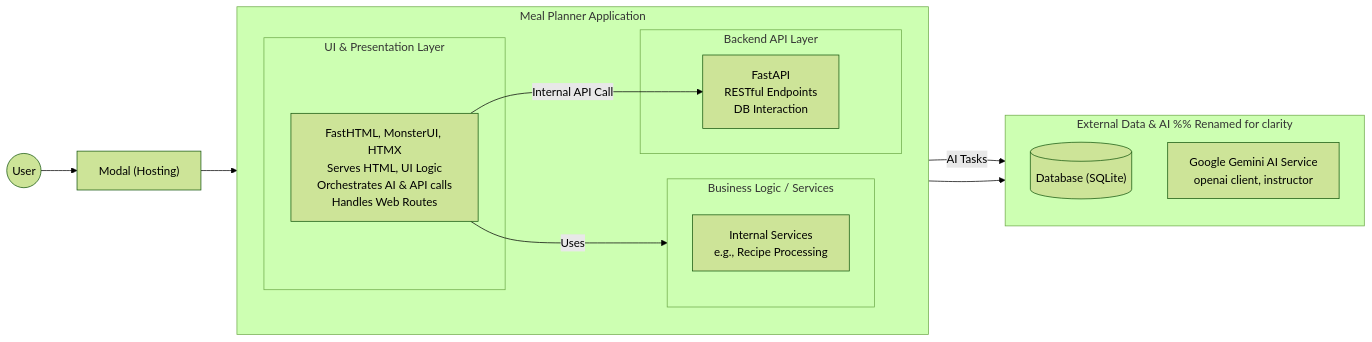
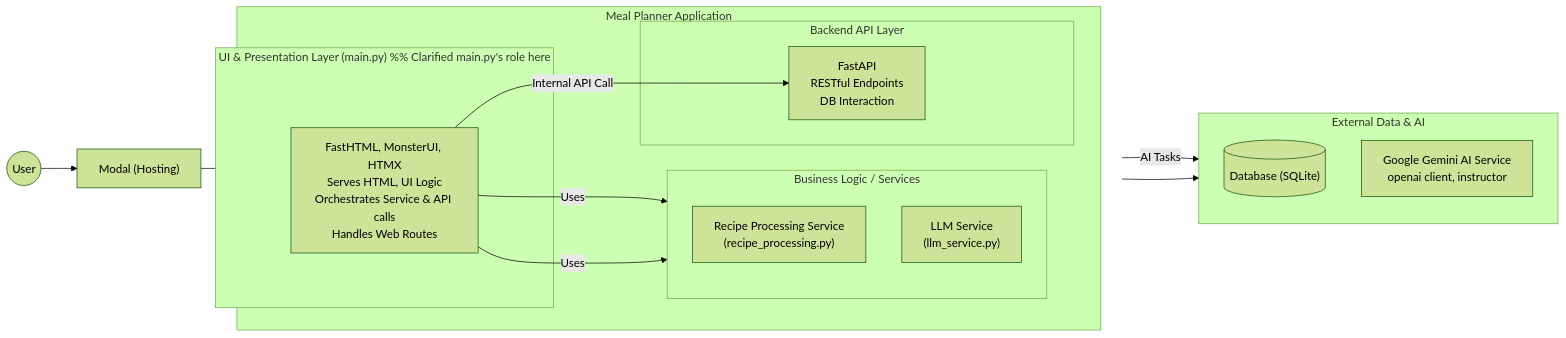
The diagram in README.md (gsganden/meal_planner), drawn with Mermaid (forest theme) before and after one commit. The commit also changed 7 other files, not shown here.

````diff
--- a/README.md
+++ b/README.md
@@ -12,37 +12,39 @@
 ```mermaid
 graph LR
     User(("User"))
 
     Modal["Modal (Hosting)"]
 
     subgraph "Meal Planner Application"
         direction LR
-        subgraph "UI & Presentation Layer"
-            UI_Layer["FastHTML, MonsterUI, HTMX<br/>Serves HTML, UI Logic<br/>Orchestrates AI & API calls<br/>Handles Web Routes"]
+        subgraph "UI & Presentation Layer (main.py)" %% Clarified main.py's role here
+            UI_Layer["FastHTML, MonsterUI, HTMX<br/>Serves HTML, UI Logic<br/>Orchestrates Service & API calls<br/>Handles Web Routes"]
         end
 
         subgraph "Business Logic / Services"
             direction TB
-            Services_Layer["Internal Services<br/>e.g., Recipe Processing"]
+            Recipe_Processing_Service["Recipe Processing Service<br/>(recipe_processing.py)"]
+            LLM_Service["LLM Service<br/>(llm_service.py)"]
         end
 
         subgraph "Backend API Layer"
             API_Layer["FastAPI<br/>RESTful Endpoints<br/>DB Interaction"]
         end
 
-        UI_Layer -- "Uses" --> Services_Layer
+        UI_Layer -- "Uses" --> Recipe_Processing_Service
+        UI_Layer -- "Uses" --> LLM_Service
         UI_Layer -- "Internal API Call" --> API_Layer
     end
 
-    subgraph "External Data & AI" %% Renamed for clarity
+    subgraph "External Data & AI"
         direction TB
         Database[("Database (SQLite)")]
         Gemini_AI["Google Gemini AI Service<br/>openai client, instructor"]
     end
 
     User --> Modal
     Modal --> UI_Layer
 
-    UI_Layer -- "AI Tasks" --> Gemini_AI
+    LLM_Service -- "AI Tasks" --> Gemini_AI
     API_Layer --> Database
 ```
````
